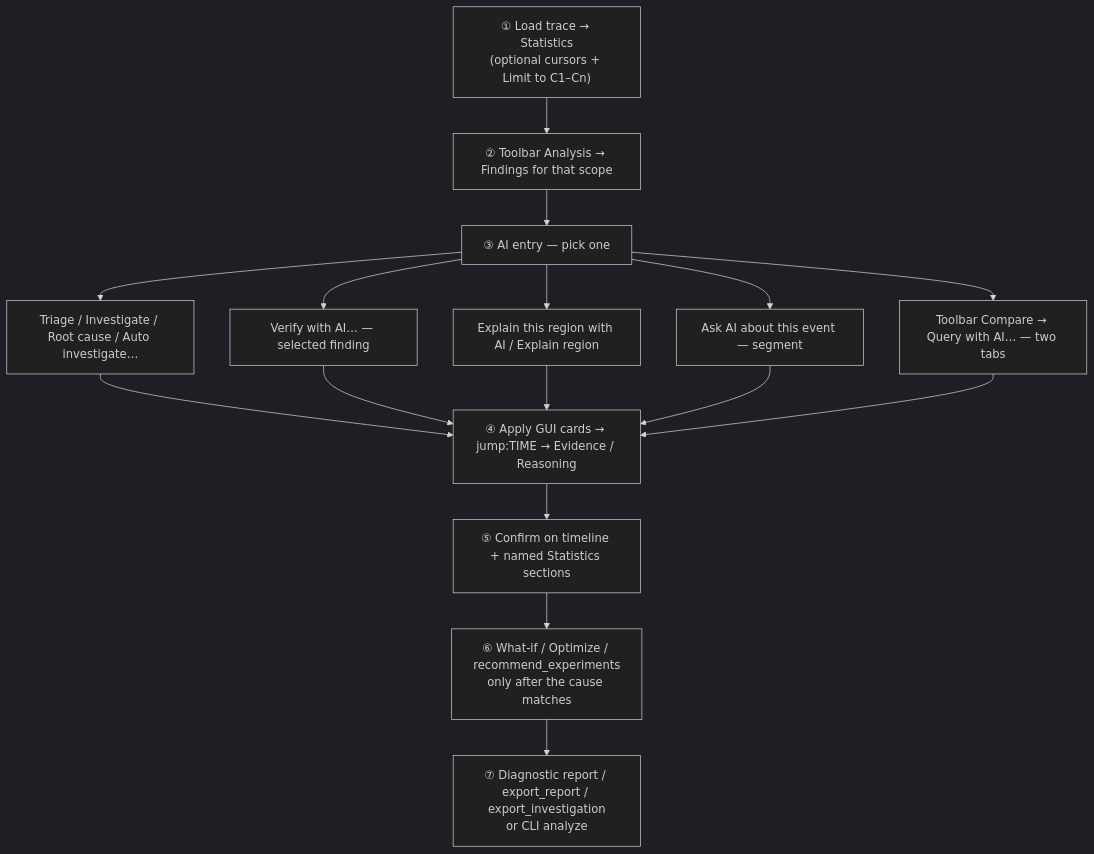
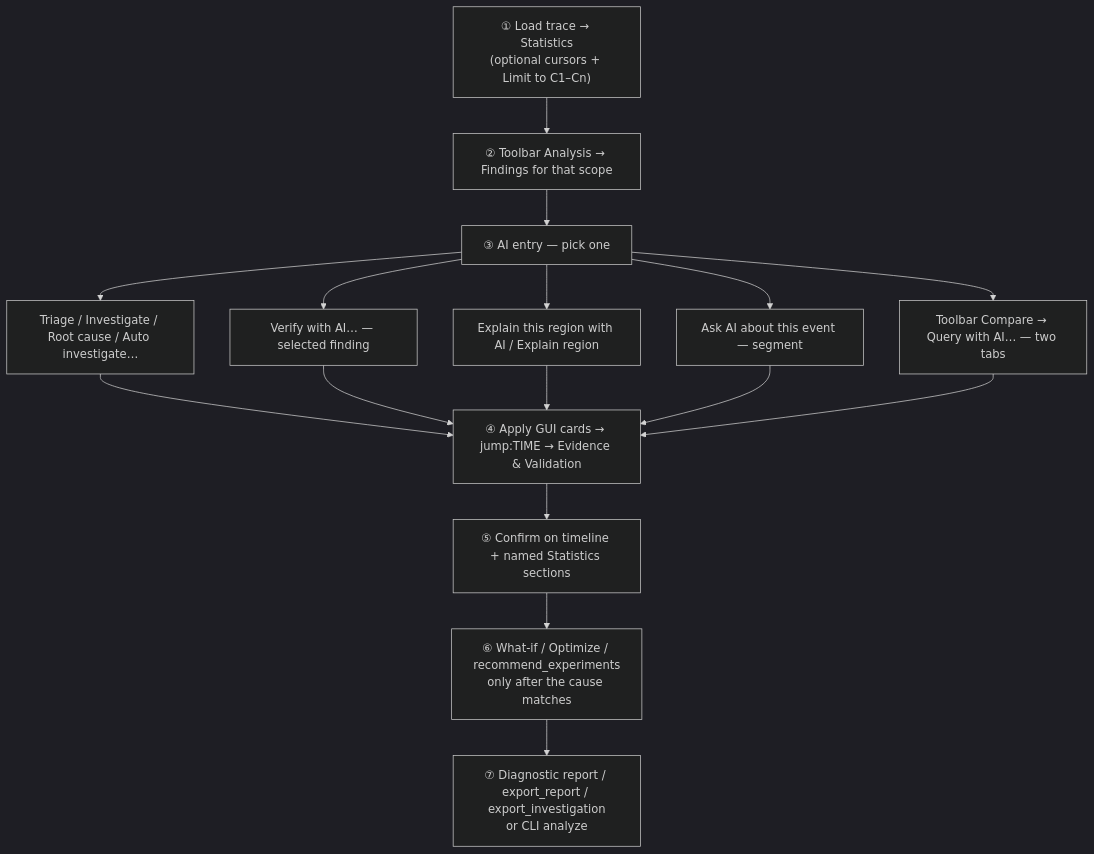
Before and after one commit to kuopinghsu/FreeRTOS-BTF-Trace: the third of 11 diagrams in BTFViewer/AI.md, drawn with Mermaid (dark theme). The commit also changed other lines of this file and 38 other files, not shown here.

````diff
--- a/BTFViewer/AI.md
+++ b/BTFViewer/AI.md
@@ -142,19 +142,19 @@
 ```mermaid
 flowchart TD
   load["① Load trace → Statistics<br/>(optional cursors + Limit to C1–Cn)"]
   load --> analysis["② Toolbar Analysis → Findings for that scope"]
   analysis --> entry["③ AI entry — pick one"]
   entry --> triage[Triage / Investigate / Root cause / Auto investigate…]
   entry --> verify[Verify with AI… — selected finding]
   entry --> region[Explain this region with AI / Explain region]
   entry --> event[Ask AI about this event — segment]
   entry --> cmpQuery[Toolbar Compare → Query with AI… — two tabs]
-  triage --> apply["④ Apply GUI cards → jump:TIME → Evidence / Reasoning"]
+  triage --> apply["④ Apply GUI cards → jump:TIME → Evidence & Validation"]
   verify --> apply
   region --> apply
   event --> apply
   cmpQuery --> apply
   apply --> confirm["⑤ Confirm on timeline + named Statistics sections"]
   confirm --> experiment["⑥ What-if / Optimize / recommend_experiments<br/>only after the cause matches"]
   experiment --> report["⑦ Diagnostic report / export_report / export_investigation<br/>or CLI analyze"]
 ```
````
